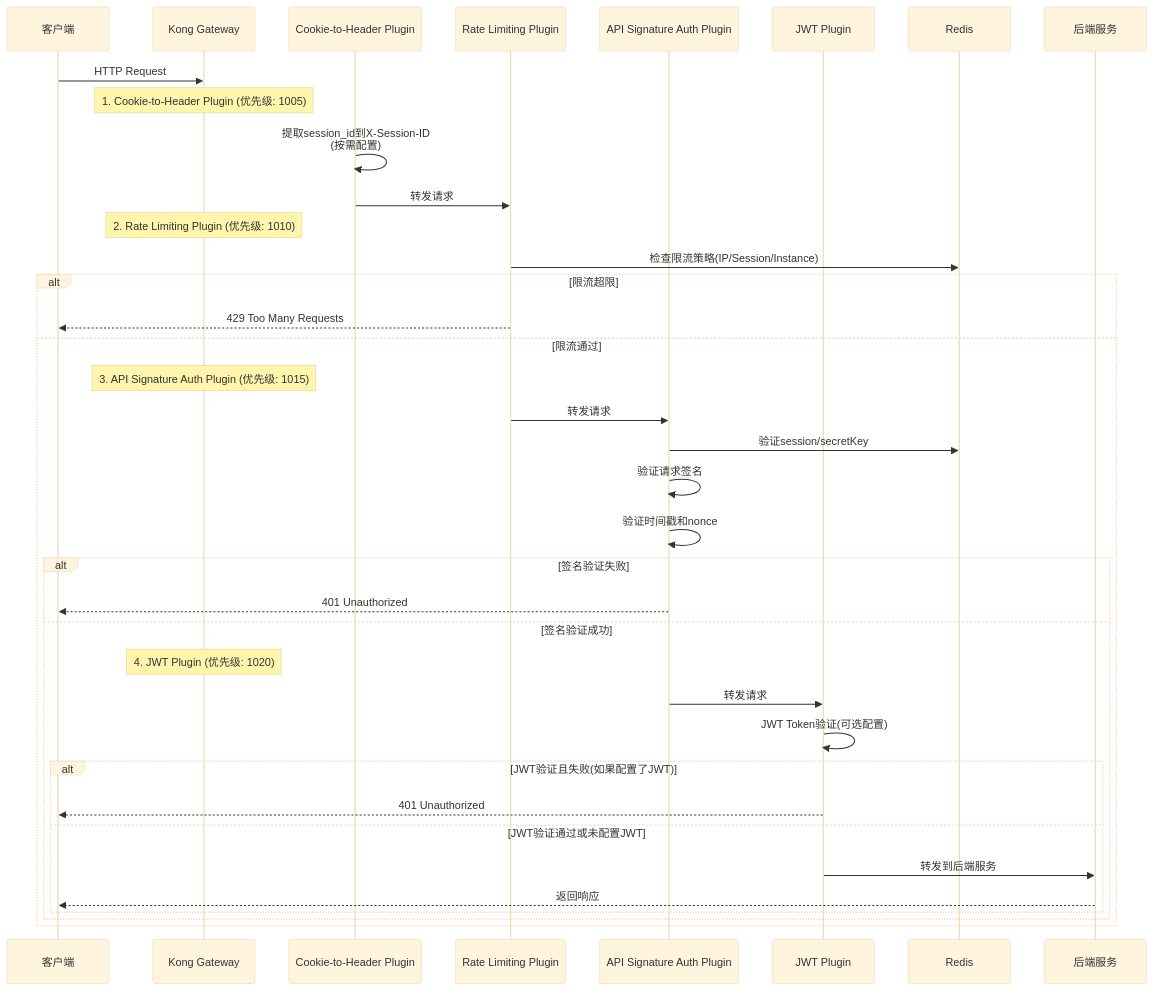
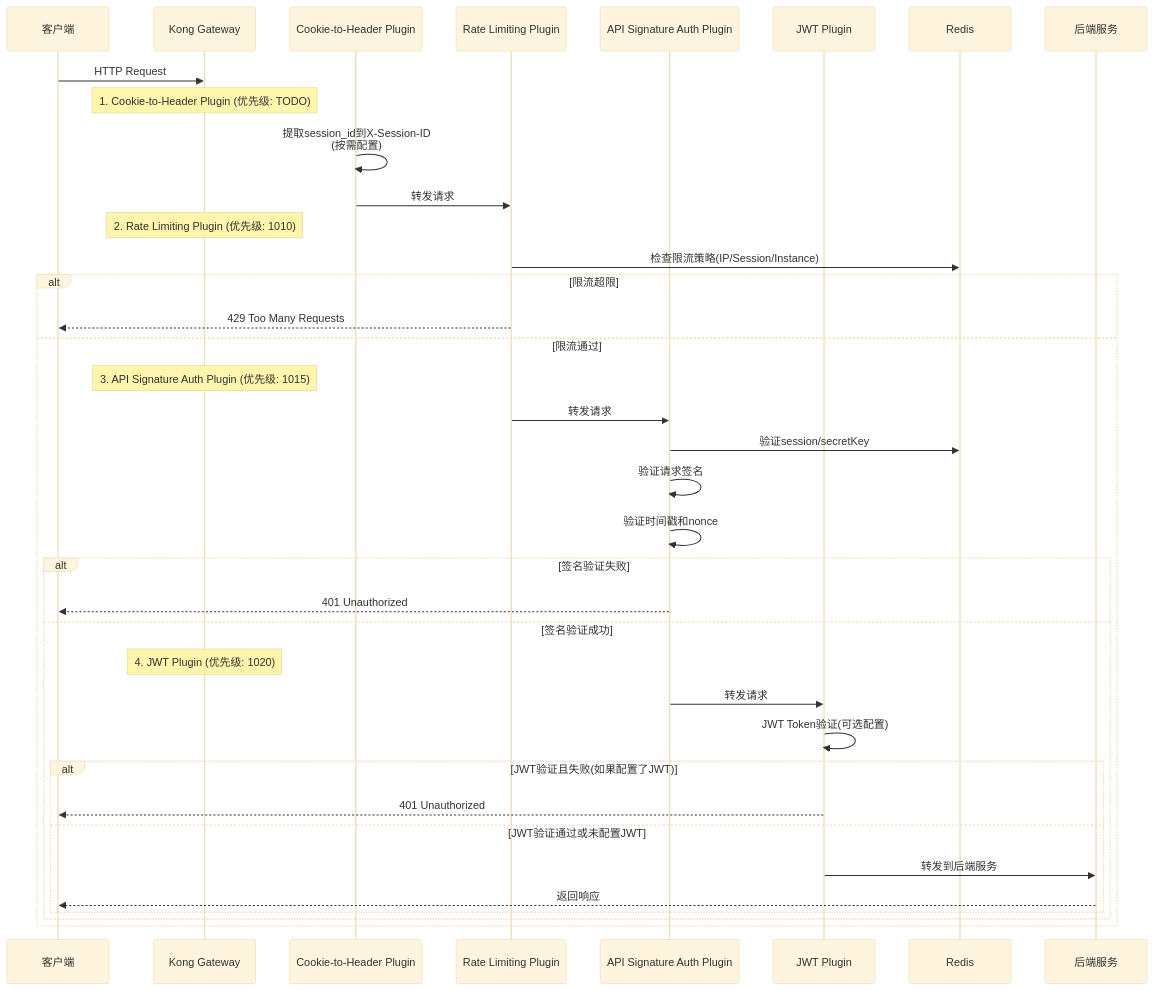
Before and after one commit to yingjianzh/iodraw-files: the diagram in all/未命名-7.md, drawn with Mermaid (base theme).

Commit message:
2025-11-19 15:07:46 update

````diff
--- a/all/未命名-7.md
+++ b/all/未命名-7.md
@@ -1,43 +1,43 @@
 ```mermaid
 sequenceDiagram
     participant Client as 客户端
     participant Kong as Kong Gateway
     participant C2H as Cookie-to-Header Plugin
     participant RL as Rate Limiting Plugin
     participant SIG as API Signature Auth Plugin
     participant JWT as JWT Plugin
     participant Redis as Redis
     participant Backend as 后端服务
 
     Client->>Kong: HTTP Request
-    Note over Kong: 1. Cookie-to-Header Plugin (优先级: 1005)
+    Note over Kong: 1. Cookie-to-Header Plugin (优先级: TODO)
     C2H->>C2H: 提取session_id到X-Session-ID<br/>(按需配置)
     C2H->>RL: 转发请求
 
     Note over Kong: 2. Rate Limiting Plugin (优先级: 1010)
     RL->>Redis: 检查限流策略(IP/Session/Instance)
     alt 限流超限
         RL-->>Client: 429 Too Many Requests
     else 限流通过
         Note over Kong: 3. API Signature Auth Plugin (优先级: 1015)
         RL->>SIG: 转发请求
         SIG->>Redis: 验证session/secretKey
         SIG->>SIG: 验证请求签名
         SIG->>SIG: 验证时间戳和nonce
 
         alt 签名验证失败
             SIG-->>Client: 401 Unauthorized
         else 签名验证成功
             Note over Kong: 4. JWT Plugin (优先级: 1020)
             SIG->>JWT: 转发请求
             JWT->>JWT: JWT Token验证(可选配置)
 
             alt JWT验证且失败(如果配置了JWT)
                 JWT-->>Client: 401 Unauthorized
             else JWT验证通过或未配置JWT
                 JWT->>Backend: 转发到后端服务
                 Backend-->>Client: 返回响应
             end
         end
     end
 ```
````
